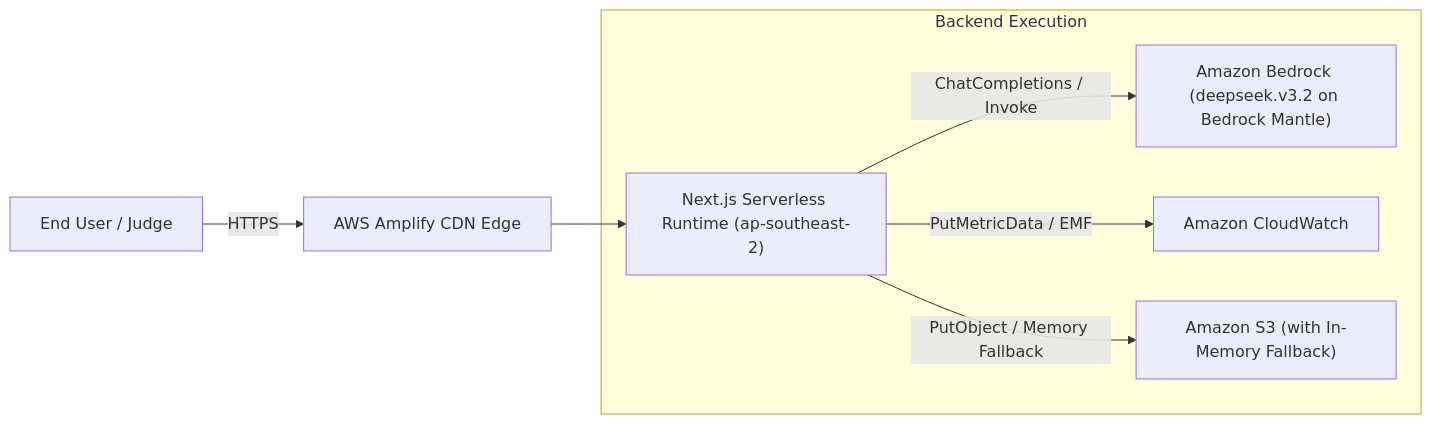
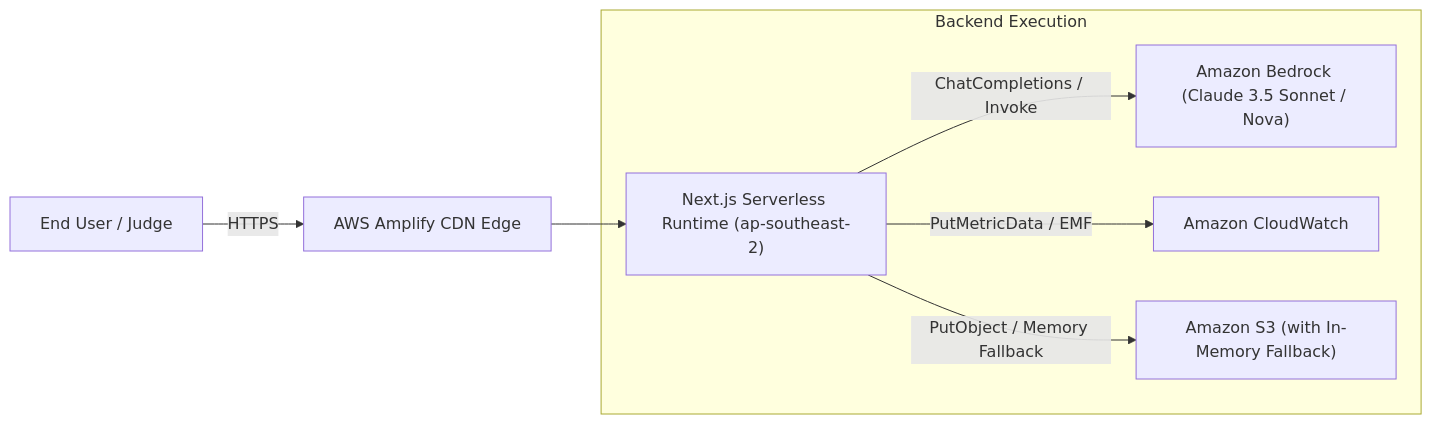
The diagram in docs/09_AWS_ARCHITECTURE.md (dippus/sheetbrain-ai), drawn with Mermaid before and after one commit. The commit also changed other lines of this file and 18 other files, not shown here.

Commit message:
feat: complete neuro-symbolic multi-agent spreadsheet pipeline with Bedrock Claude 3.5 Sonnet & S3 persistence

````diff
--- a/docs/09_AWS_ARCHITECTURE.md
+++ b/docs/09_AWS_ARCHITECTURE.md
@@ -21,11 +21,11 @@
 ```mermaid
 flowchart LR
     User["End User / Judge"] -->|HTTPS| CDN["AWS Amplify CDN Edge"]
     CDN --> NextApp["Next.js Serverless Runtime (ap-southeast-2)"]
     
     subgraph "Backend Execution"
-        NextApp -->|ChatCompletions / Invoke| Bedrock["Amazon Bedrock (deepseek.v3.2 on Bedrock Mantle)"]
+        NextApp -->|ChatCompletions / Invoke| Bedrock["Amazon Bedrock (Claude 3.5 Sonnet / Nova)"]
         NextApp -->|PutMetricData / EMF| CloudWatch["Amazon CloudWatch"]
         NextApp -->|PutObject / Memory Fallback| S3["Amazon S3 (with In-Memory Fallback)"]
     end
 ```
````
